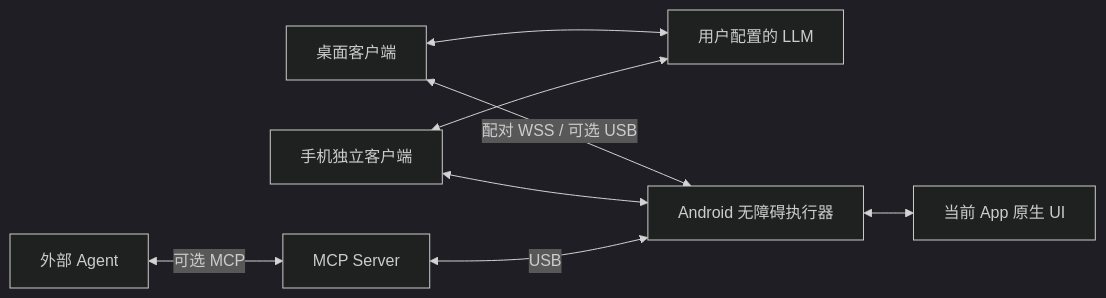
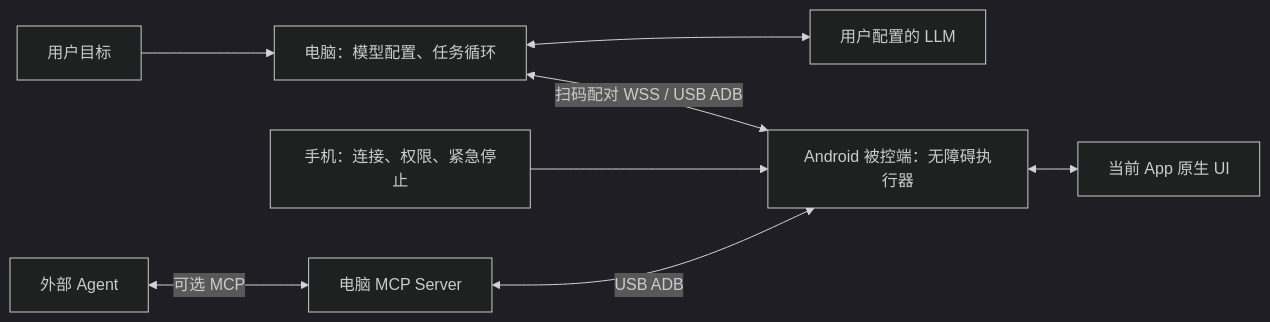
Before and after one commit to shi-YangYang/TapPilot: the first of 2 diagrams in docs/architecture.md, drawn with Mermaid (dark theme). The commit also changed other lines of this file and 32 other files, not shown here.

````diff
--- a/docs/architecture.md
+++ b/docs/architecture.md
@@ -7,10 +7,10 @@
 ```mermaid
 flowchart LR
-    D[桌面客户端] <--> L[用户配置的 LLM]
-    D <-->|配对 WSS / 可选 USB| A[Android 无障碍执行器]
-    P[手机独立客户端] <--> L
-    P <--> A
+    U[用户目标] --> D[电脑：模型配置、任务循环]
+    D <--> L[用户配置的 LLM]
+    D <-->|扫码配对 WSS / USB ADB| A[Android 被控端：无障碍执行器]
     A <--> V[当前 App 原生 UI]
-    E[外部 Agent] <-->|可选 MCP| M[MCP Server]
-    M <-->|USB| A
+    P[手机：连接、权限、紧急停止] --> A
+    E[外部 Agent] <-->|可选 MCP| M[电脑 MCP Server]
+    M <-->|USB ADB| A
 ```
````
